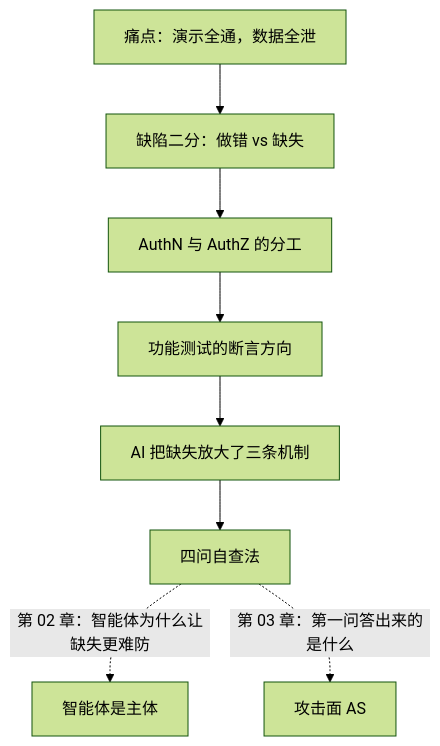
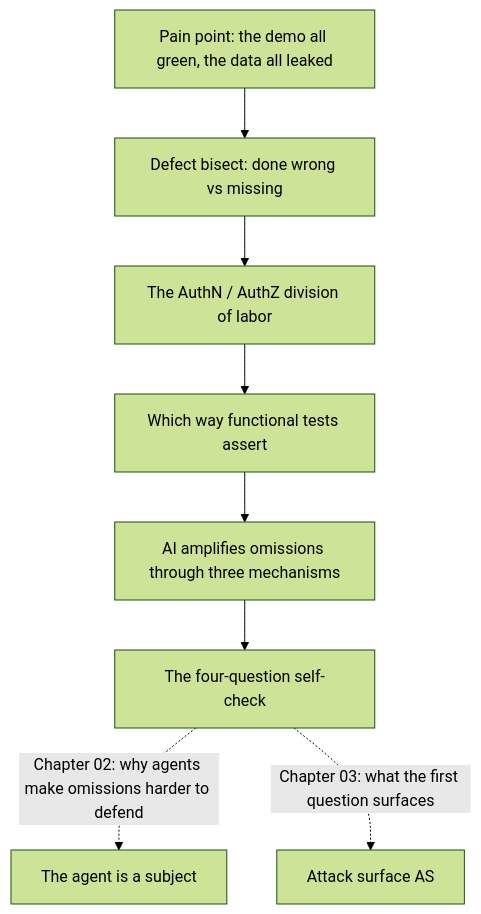
One commit to xzlxiao/vibe-coding-textbook changed the diagram in phase4/chapters/ch01-day-three.md. Above: the diagram before and after it, drawn with Mermaid (forest theme). The commit also changed other lines of this file and 10 other files, not shown here.

````diff
--- a/phase4/chapters/ch01-day-three.md
+++ b/phase4/chapters/ch01-day-three.md
@@ -293,10 +293,10 @@
 ```mermaid
 flowchart TD
-    A["痛点：演示全通，数据全泄"] --> B["缺陷二分：做错 vs 缺失"]
-    B --> C["AuthN 与 AuthZ 的分工"]
-    C --> D["功能测试的断言方向"]
-    D --> E["AI 把缺失放大了三条机制"]
-    E --> F["四问自查法"]
-    F -.->|"第 02 章：智能体为什么让缺失更难防"| N1["智能体是主体"]
-    F -.->|"第 03 章：第一问答出来的是什么"| N2["攻击面 AS"]
+    A["Pain point: the demo all green, the data all leaked"] --> B["Defect bisect: done wrong vs missing"]
+    B --> C["The AuthN / AuthZ division of labor"]
+    C --> D["Which way functional tests assert"]
+    D --> E["AI amplifies omissions through three mechanisms"]
+    E --> F["The four-question self-check"]
+    F -.->|"Chapter 02: why agents make omissions harder to defend"| N1["The agent is a subject"]
+    F -.->|"Chapter 03: what the first question surfaces"| N2["Attack surface AS"]
 ```
````
